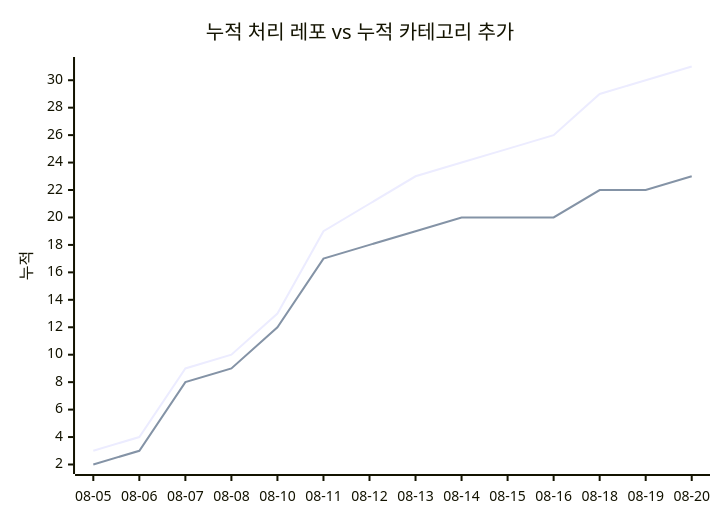
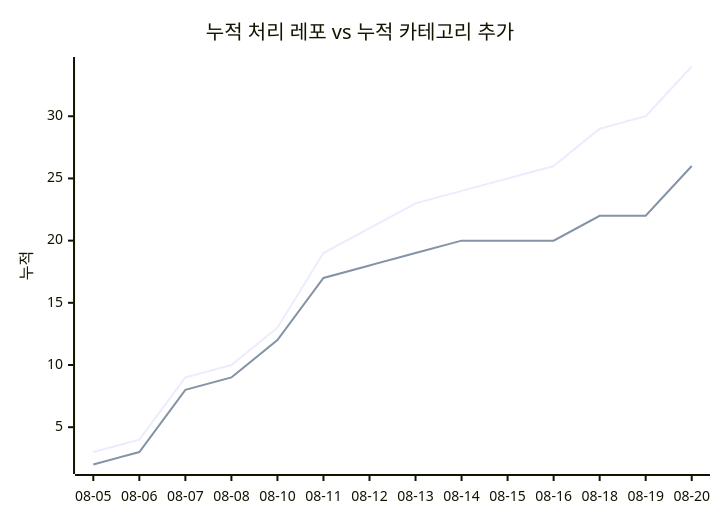
Before and after one commit to J-nowcow/awesome-korean-agent-skills: the second of 2 diagrams in docs/trends.md, drawn with Mermaid. The commit also changed other lines of this file and 5 other files, not shown here.

````diff
--- a/docs/trends.md
+++ b/docs/trends.md
@@ -68,8 +68,8 @@
 ```mermaid
 xychart-beta
     title "누적 처리 레포 vs 누적 카테고리 추가"
     x-axis ["08-05","08-06","08-07","08-08","08-10","08-11","08-12","08-13","08-14","08-15","08-16","08-18","08-19","08-20"]
     y-axis "누적"
-    line [3,4,9,10,13,19,21,23,24,25,26,29,30,31]
-    line [2,3,8,9,12,17,18,19,20,20,20,22,22,23]
+    line [3,4,9,10,13,19,21,23,24,25,26,29,30,34]
+    line [2,3,8,9,12,17,18,19,20,20,20,22,22,26]
 ```
````
